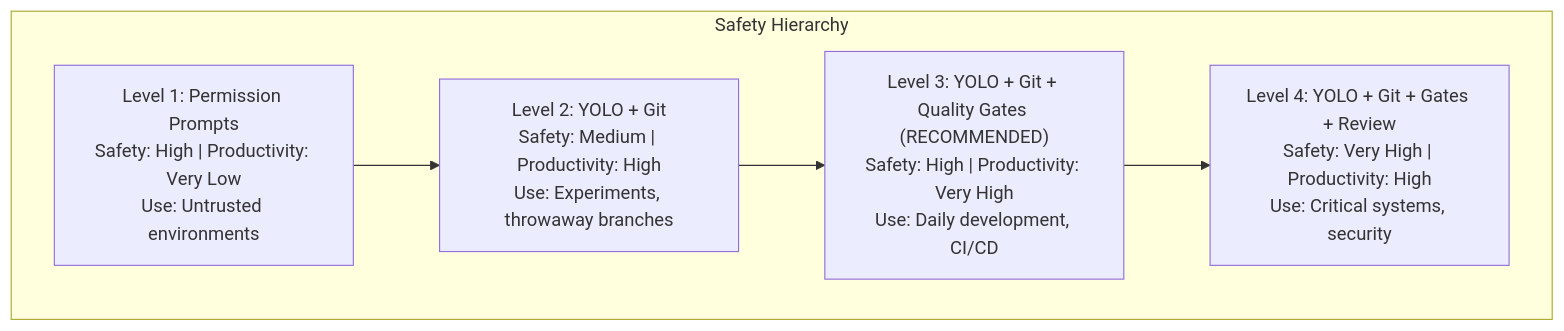
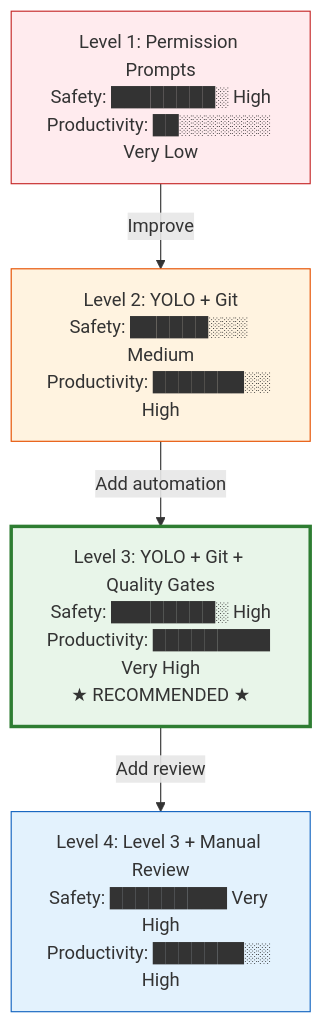
The third of 4 diagrams in reviews/diagrams-2026-01-28.md (Just-Understanding-Data-Ltd/compound-engineering-book), drawn with Mermaid before and after one commit. The commit also changed other lines of this file and 6 other files, not shown here.

````diff
--- a/reviews/diagrams-2026-01-28.md
+++ b/reviews/diagrams-2026-01-28.md
@@ -249,10 +118,19 @@
 ```mermaid
-flowchart TB
-    subgraph Levels["Safety Hierarchy"]
-        L4["Level 4: YOLO + Git + Gates + Review<br/>Safety: Very High | Productivity: High<br/>Use: Critical systems, security"]
-        L3["Level 3: YOLO + Git + Quality Gates (RECOMMENDED)<br/>Safety: High | Productivity: Very High<br/>Use: Daily development, CI/CD"]
-        L2["Level 2: YOLO + Git<br/>Safety: Medium | Productivity: High<br/>Use: Experiments, throwaway branches"]
-        L1["Level 1: Permission Prompts<br/>Safety: High | Productivity: Very Low<br/>Use: Untrusted environments"]
-    end
-    L1 --> L2 --> L3 --> L4
+graph TD
+    A["Level 1: Permission Prompts<br/>Safety: ████████░ High<br/>Productivity: ██░░░░░░░ Very Low"]
+
+    B["Level 2: YOLO + Git<br/>Safety: ██████░░░ Medium<br/>Productivity: ███████░░ High"]
+
+    C["Level 3: YOLO + Git + Quality Gates<br/>Safety: ████████░ High<br/>Productivity: █████████ Very High<br/>★ RECOMMENDED ★"]
+
+    D["Level 4: Level 3 + Manual Review<br/>Safety: █████████ Very High<br/>Productivity: ███████░░ High"]
+
+    A -->|Improve| B
+    B -->|Add automation| C
+    C -->|Add review| D
+
+    style C fill:#e8f5e9,stroke:#2e7d32,stroke-width:3px
+    style A fill:#ffebee,stroke:#c62828
+    style B fill:#fff3e0,stroke:#e65100
+    style D fill:#e3f2fd,stroke:#1565c0
 ```
````
